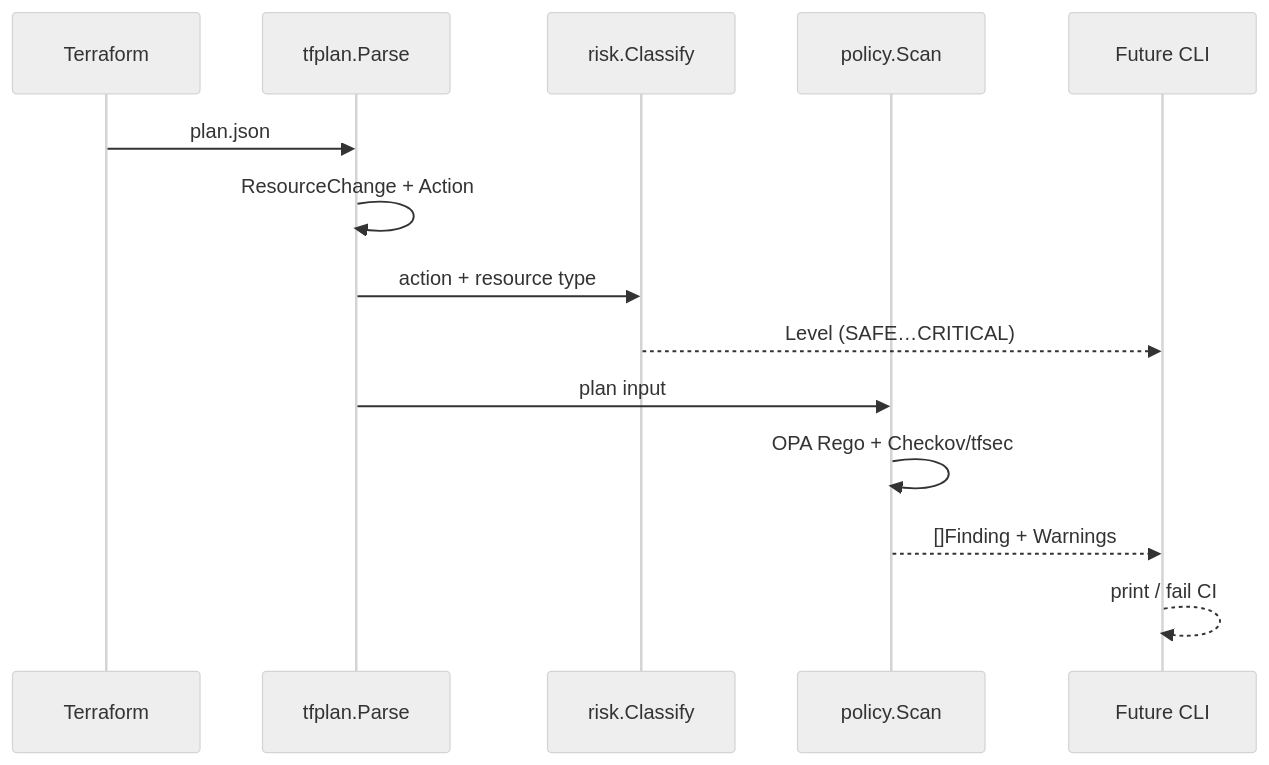
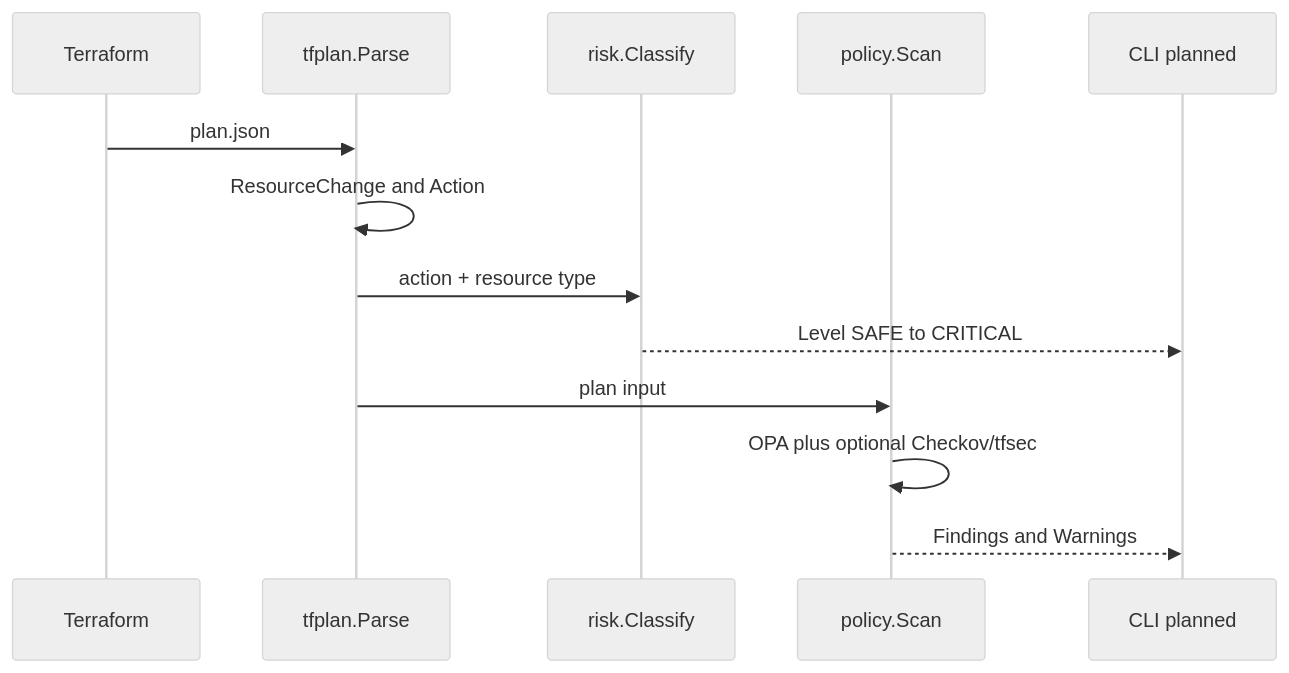
One commit to SamyBaouche/iac-sentinel changed the third of 7 diagrams in README.md. Above: the diagram before and after it, drawn with Mermaid (neutral theme). The commit also changed other lines of this file, not shown here.

````diff
--- a/README.md
+++ b/README.md
@@ -112,17 +93,16 @@
 ```mermaid
 sequenceDiagram
   participant TF as Terraform
   participant P as tfplan.Parse
   participant R as risk.Classify
   participant O as policy.Scan
-  participant U as Future CLI
+  participant U as CLI planned
 
   TF->>P: plan.json
-  P->>P: ResourceChange + Action
+  P->>P: ResourceChange and Action
   P->>R: action + resource type
-  R-->>U: Level (SAFE…CRITICAL)
+  R-->>U: Level SAFE to CRITICAL
   P->>O: plan input
-  O->>O: OPA Rego + Checkov/tfsec
-  O-->>U: []Finding + Warnings
-  U-->>U: print / fail CI
+  O->>O: OPA plus optional Checkov/tfsec
+  O-->>U: Findings and Warnings
 ```
````
